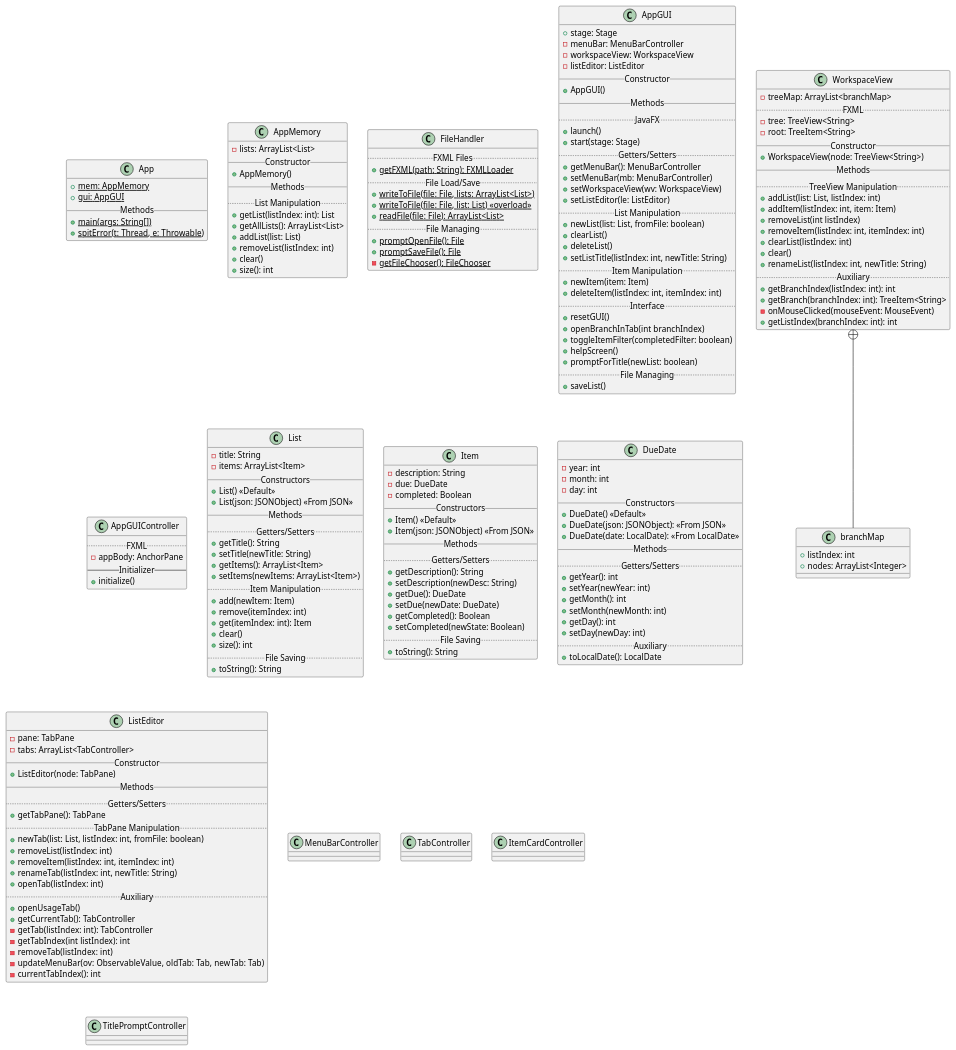
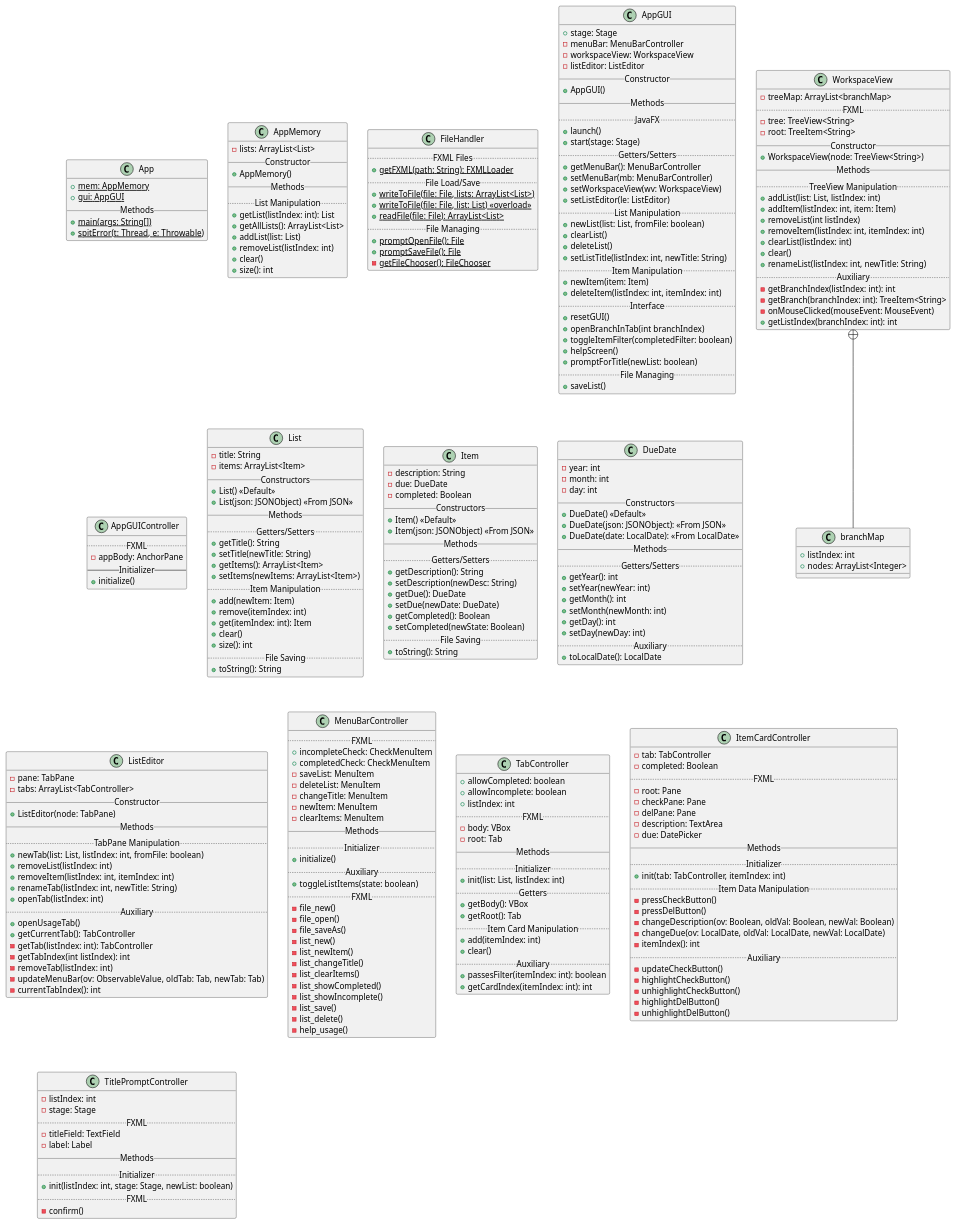
The diagram in uml/classes.puml (f0WLer/fowler-cop3330-assignment4part2), drawn with PlantUML before and after one commit. The commit also changed 6 other files, not shown here.

First line of the commit message:
Refactor: UML and Method Modifiers

```diff
--- a/uml/classes.puml
+++ b/uml/classes.puml
@@ -142,8 +142,6 @@
     __Constructor__
     +ListEditor(node: TabPane)
     __Methods__
-    ..Getters/Setters..
-    +getTabPane(): TabPane
     ..TabPane Manipulation..
     +newTab(list: List, listIndex: int, fromFile: boolean)
     +removeList(listIndex: int)
@@ -177,8 +175,8 @@
     +clear()
     +renameList(listIndex: int, newTitle: String)
     ..Auxiliary..
-    +getBranchIndex(listIndex: int): int
-    +getBranch(branchIndex: int): TreeItem<String>
+    -getBranchIndex(listIndex: int): int
+    -getBranch(branchIndex: int): TreeItem<String>
     -onMouseClicked(mouseEvent: MouseEvent)
     +getListIndex(branchIndex: int): int
 }
@@ -189,19 +187,92 @@
 }
 
 class MenuBarController {
-
+    ..FXML..
+    +incompleteCheck: CheckMenuItem
+    +completedCheck: CheckMenuItem
+    -saveList: MenuItem
+    -deleteList: MenuItem
+    -changeTitle: MenuItem
+    -newItem: MenuItem
+    -clearItems: MenuItem
+    __Methods__
+    ..Initializer..
+    +initialize()
+    ..Auxiliary..
+    +toggleListItems(state: boolean)
+    ..FXML..
+    -file_new()
+    -file_open()
+    -file_saveAs()
+    -list_new()
+    -list_newItem()
+    -list_changeTitle()
+    -list_clearItems()
+    -list_showCompleted()
+    -list_showIncomplete()
+    -list_save()
+    -list_delete()
+    -help_usage()
 }
 
 class TabController {
-
+    +allowCompleted: boolean
+    +allowIncomplete: boolean
+    +listIndex: int
+    ..FXML..
+    -body: VBox
+    -root: Tab
+    __Methods__
+    ..Initializer..
+    +init(list: List, listIndex: int)
+    ..Getters..
+    +getBody(): VBox
+    +getRoot(): Tab
+    ..Item Card Manipulation..
+    +add(itemIndex: int)
+    +clear()
+    ..Auxiliary..
+    +passesFilter(itemIndex: int): boolean
+    +getCardIndex(itemIndex: int): int
 }
 
 class ItemCardController {
-
+    -tab: TabController
+    -completed: Boolean
+    ..FXML..
+    -root: Pane
+    -checkPane: Pane
+    -delPane: Pane
+    -description: TextArea
+    -due: DatePicker
+    __Methods__
+    ..Initializer..
+    +init(tab: TabController, itemIndex: int)
+    ..Item Data Manipulation..
+    -pressCheckButton()
+    -pressDelButton()
+    -changeDescription(ov: Boolean, oldVal: Boolean, newVal: Boolean)
+    -changeDue(ov: LocalDate, oldVal: LocalDate, newVal: LocalDate)
+    -itemIndex(): int
+    ..Auxiliary..
+    -updateCheckButton()
+    -highlightCheckButton()
+    -unhighlightCheckButton()
+    -highlightDelButton()
+    -unhighlightDelButton()
 }
 
 class TitlePromptController {
-
+    -listIndex: int
+    -stage: Stage
+    ..FXML..
+    -titleField: TextField
+    -label: Label
+    __Methods__
+    ..Initializer..
+    +init(listIndex: int, stage: Stage, newList: boolean)
+    ..FXML..
+    -confirm()
 }
 
 @enduml
```
